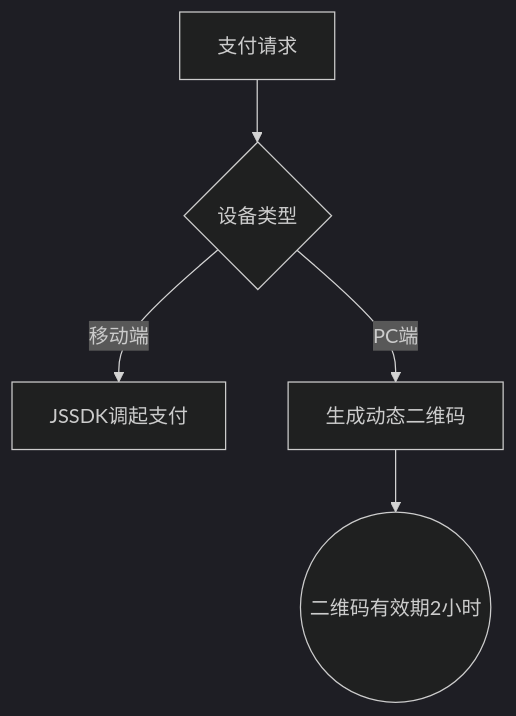
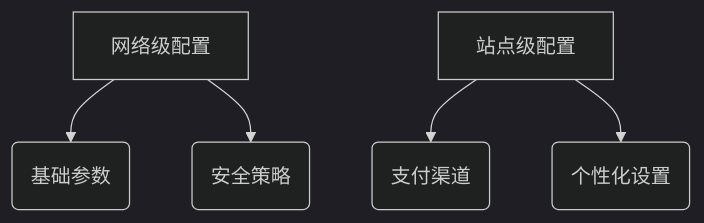
Before and after one commit to alexlii1971/-: the diagram in README.md, drawn with Mermaid (dark theme). The commit also changed other lines of this file, not shown here.

````diff
--- a/README.md
+++ b/README.md
@@ -177,7 +87,7 @@
 ```mermaid
 graph TD
-    A[支付请求] --> B{设备类型}
-    B -->|移动端| C[JSSDK调起支付]
-    B -->|PC端| D[生成动态二维码]
-    D --> E((二维码有效期2小时))
+    A[网络级配置] --> B(基础参数)
+    A --> C(安全策略)
+    D[站点级配置] --> E(支付渠道)
+    D --> F(个性化设置)
 ```
````
